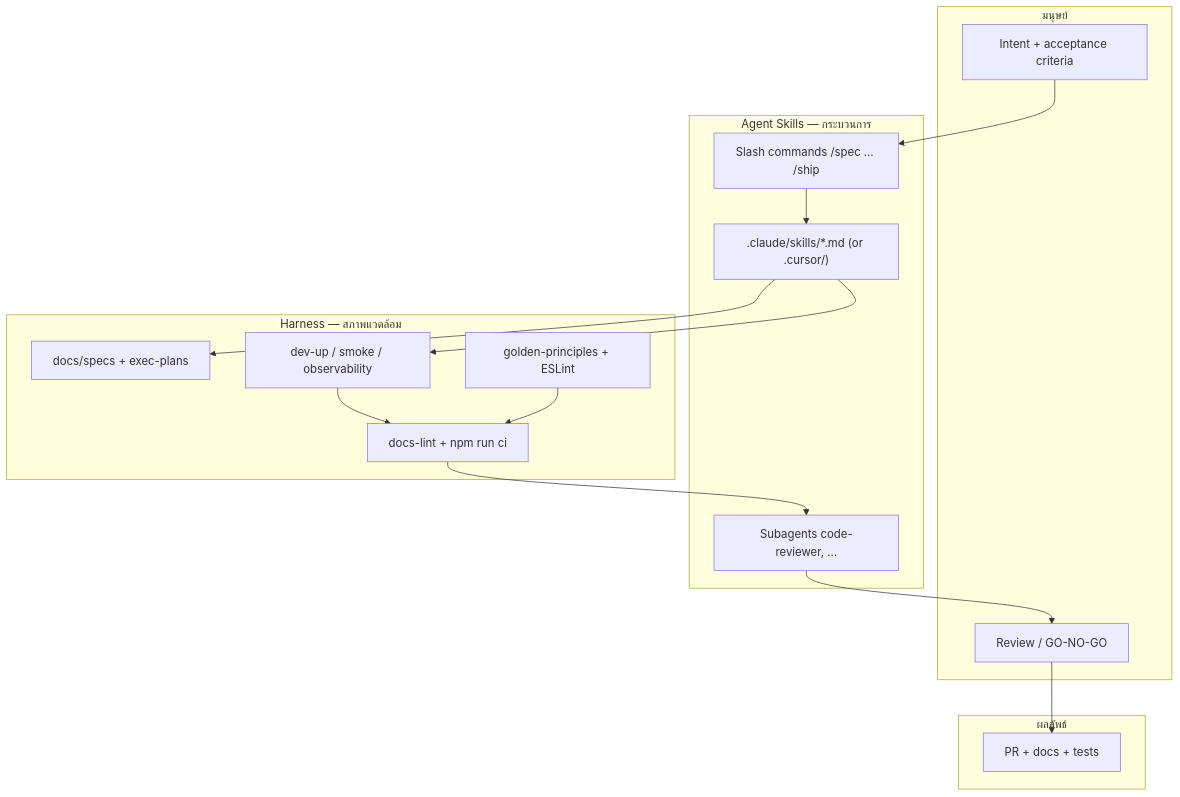
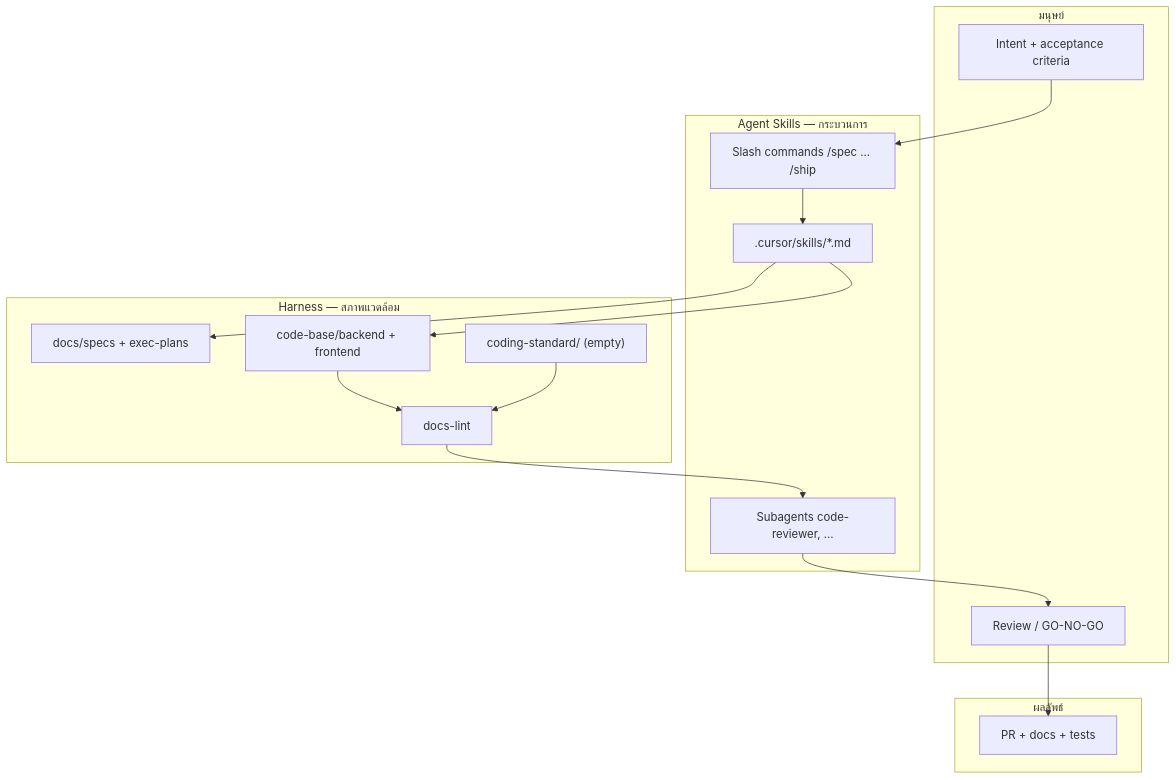
Before and after one commit to santanapol/ai-agent-template: the diagram in knowledge/harness/README.md, drawn with Mermaid. The commit also changed other lines of this file and 1648 other files, not shown here.

````diff
--- a/knowledge/harness/README.md
+++ b/knowledge/harness/README.md
@@ -20,34 +20,34 @@
 ```mermaid
 flowchart TB
   subgraph human ["มนุษย์"]
     intent["Intent + acceptance criteria"]
     review["Review / GO-NO-GO"]
   end
 
   subgraph skills ["Agent Skills — กระบวนการ"]
     cmd["Slash commands /spec … /ship"]
-    skill[".claude/skills/*.md (or .cursor/)"]
+    skill[".cursor/skills/*.md"]
     persona["Subagents code-reviewer, …"]
   end
 
   subgraph harness ["Harness — สภาพแวดล้อม"]
     docs["docs/specs + exec-plans"]
-    gates["docs-lint + npm run ci"]
-    runtime["dev-up / smoke / observability"]
-    principles["golden-principles + ESLint"]
+    gates["docs-lint"]
+    code["code-base/backend + frontend"]
+    principles["coding-standard/ (empty)"]
   end
 
   subgraph output ["ผลลัพธ์"]
     pr["PR + docs + tests"]
   end
 
   intent --> cmd
   cmd --> skill
   skill --> docs
-  skill --> runtime
-  runtime --> gates
+  skill --> code
+  code --> gates
   gates --> persona
   persona --> review
   review --> pr
   principles --> gates
 ```
````
